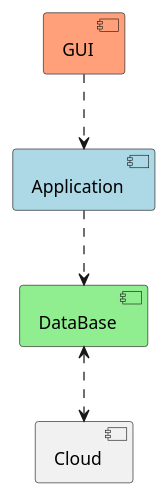
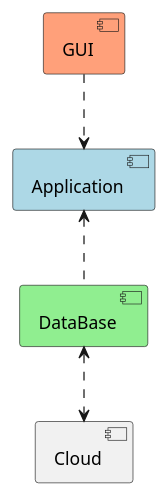
One commit to Uhgtred/Recipe_Shopping_List changed the diagram in Architecture/ComponentView.puml. Above: the diagram before and after it, drawn with PlantUML. The commit also changed 1 other file, not shown here.

```diff
--- a/Architecture/ComponentView.puml
+++ b/Architecture/ComponentView.puml
@@ -1,14 +1,14 @@
 @startuml
 
+component Application #lightblue
+
 component DataBase #lightgreen
-
-component Application #lightblue
-Application ..> DataBase
+DataBase .u.> Application
 
 component GUI #lightsalmon
 GUI ..> Application
 
 component Cloud
 Cloud <.u.> DataBase
 
 @enduml
```
